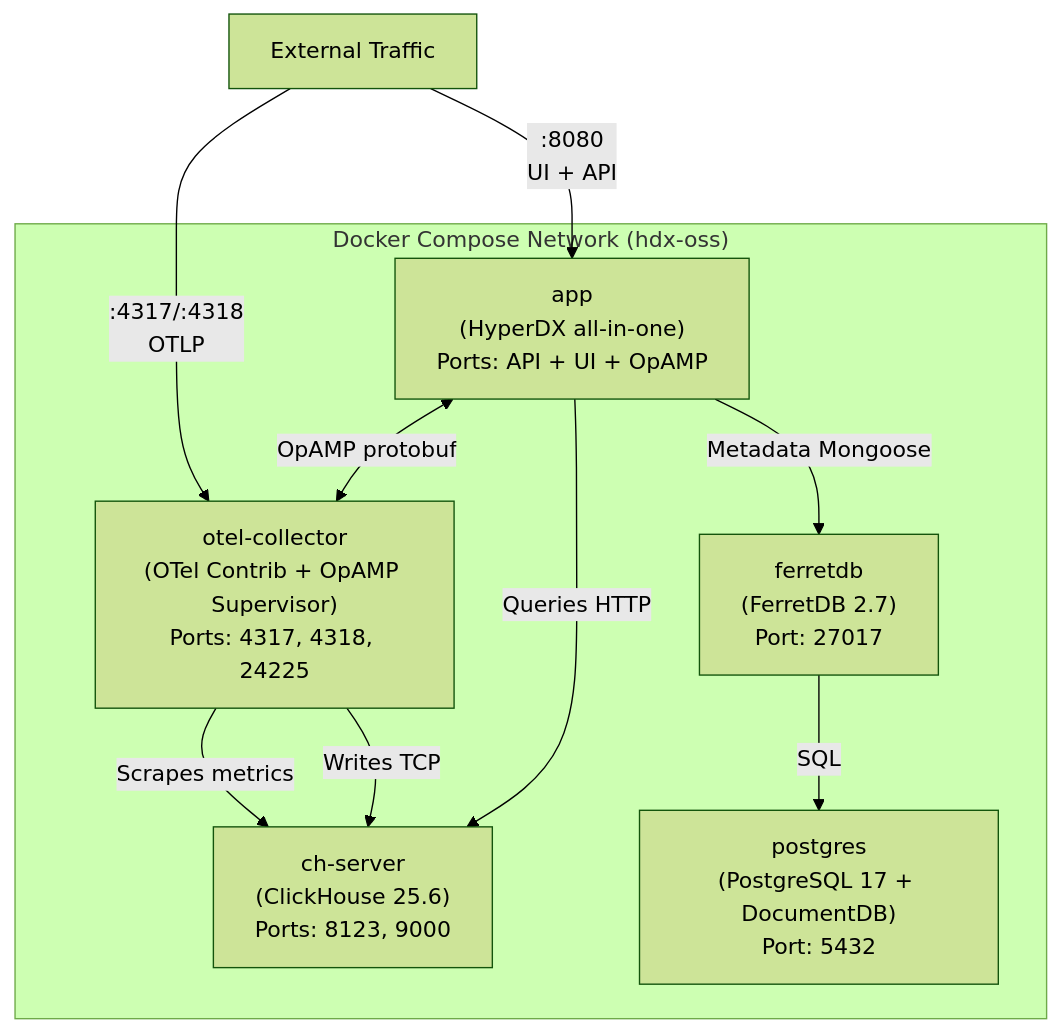
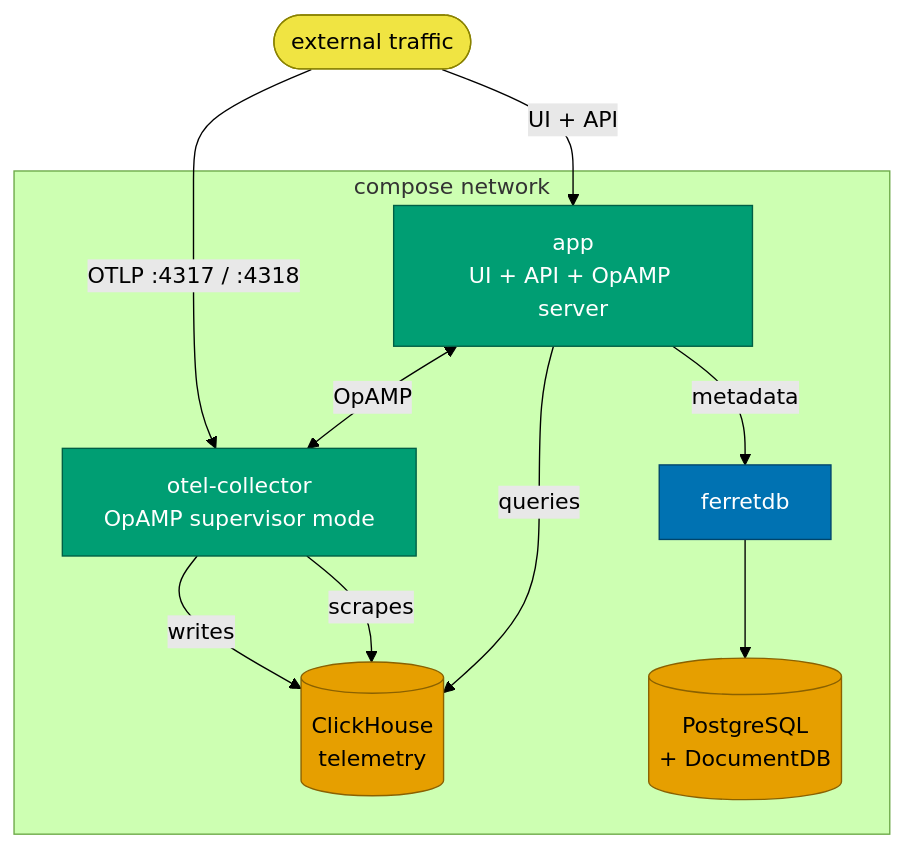
Before and after one commit to hyperi-io/dfe-hyperdx: the second of 2 diagrams in docs/architecture/deployment.md, drawn with Mermaid (forest theme). The commit also changed other lines of this file and 6 other files, not shown here.

First line of the commit message:
docs: rewrite the architecture pages against the code

````diff
--- a/docs/architecture/deployment.md
+++ b/docs/architecture/deployment.md
@@ -105,20 +68,30 @@
 ```mermaid
 flowchart TB
-    subgraph Docker_Compose_Network_hdx_oss["Docker Compose Network (hdx-oss)"]
-        APP["app<br/>(HyperDX all-in-one)<br/>Ports: API + UI + OpAMP"]
-        OTEL["otel-collector<br/>(OTel Contrib + OpAMP Supervisor)<br/>Ports: 4317, 4318, 24225"]
-        CH["ch-server<br/>(ClickHouse 25.6)<br/>Ports: 8123, 9000"]
-        FERRET["ferretdb<br/>(FerretDB 2.7)<br/>Port: 27017"]
-        PG["postgres<br/>(PostgreSQL 17 + DocumentDB)<br/>Port: 5432"]
+    ext(["external traffic"])
+
+    subgraph net["compose network"]
+        APP["app<br/>UI + API + OpAMP server"]
+        OTEL["otel-collector<br/>OpAMP supervisor mode"]
+        CH[(ClickHouse<br/>telemetry)]
+        FERRET["ferretdb"]
+        PG[(PostgreSQL<br/>+ DocumentDB)]
     end
 
-    APP -->|Queries HTTP| CH
-    APP -->|Metadata Mongoose| FERRET
-    FERRET -->|SQL| PG
-    APP <-->|OpAMP protobuf| OTEL
-    OTEL -->|Writes TCP| CH
-    OTEL -->|Scrapes metrics| CH
+    ext -->|OTLP :4317 / :4318| OTEL
+    ext -->|UI + API| APP
+    OTEL -->|writes| CH
+    OTEL -->|scrapes| CH
+    APP -->|queries| CH
+    APP -->|metadata| FERRET
+    FERRET --> PG
+    APP <-->|OpAMP| OTEL
 
-    EXT["External Traffic"] -->|:4317/:4318<br/>OTLP| OTEL
-    EXT -->|:8080<br/>UI + API| APP
+    classDef edge fill:#F0E442,stroke:#8a8200,color:#000000
+    classDef svc fill:#009E73,stroke:#005f45,color:#ffffff
+    classDef ours fill:#0072B2,stroke:#00456b,color:#ffffff
+    classDef store fill:#E69F00,stroke:#8a6100,color:#000000
+    class ext edge
+    class APP,OTEL svc
+    class FERRET ours
+    class CH,PG store
 ```
````
